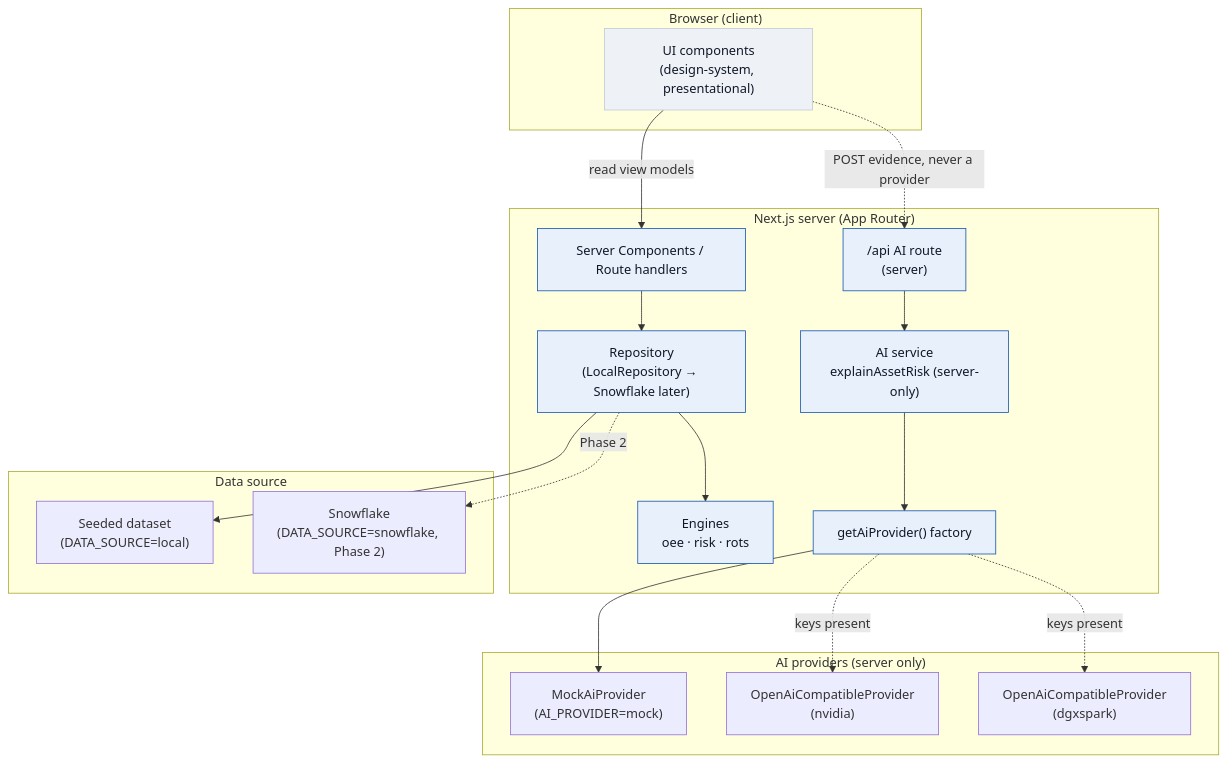
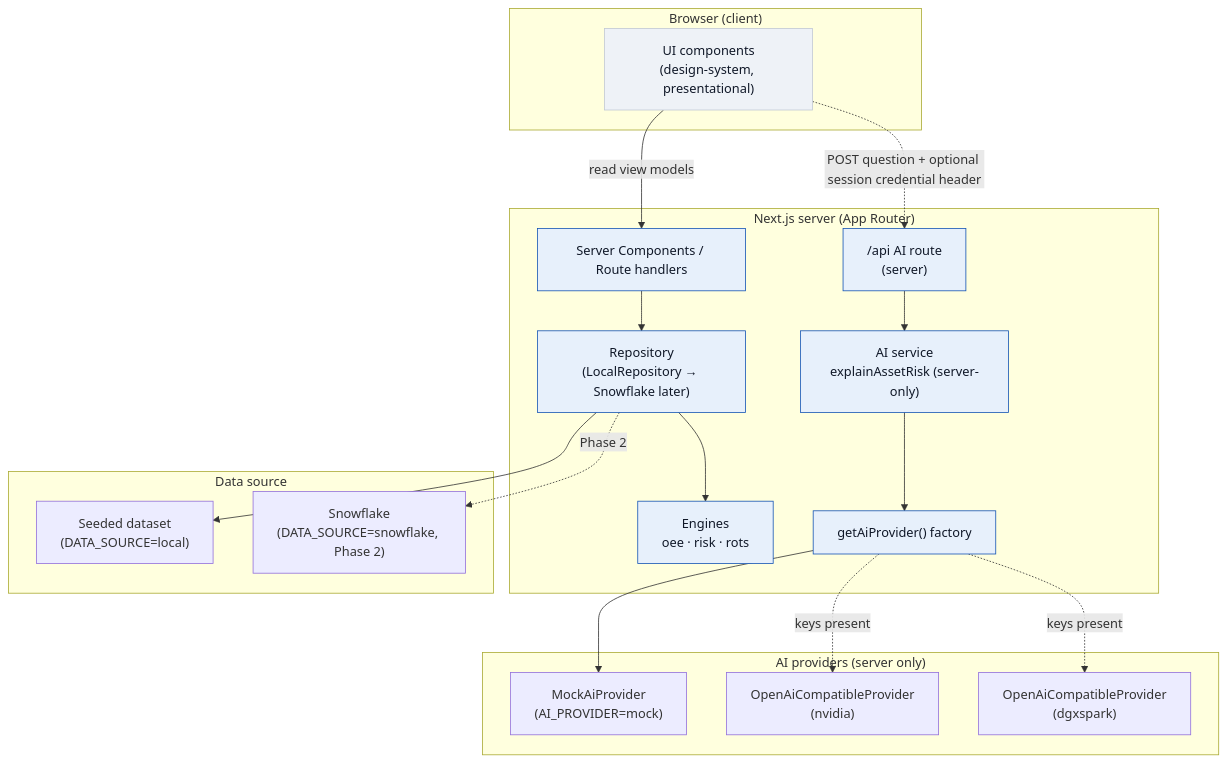
One commit to amit1858/asset-supervision-os changed the diagram in docs/ARCHITECTURE.md. Above: the diagram before and after it, drawn with Mermaid. The commit also changed other lines of this file and 27 other files, not shown here.

````diff
--- a/docs/ARCHITECTURE.md
+++ b/docs/ARCHITECTURE.md
@@ -97,43 +97,43 @@
 ```mermaid
 flowchart TD
     subgraph Client["Browser (client)"]
         UI["UI components<br/>(design-system, presentational)"]
     end
 
     subgraph Server["Next.js server (App Router)"]
         SC["Server Components / Route handlers"]
         REPO["Repository<br/>(LocalRepository → Snowflake later)"]
         ENG["Engines<br/>oee · risk · rots"]
         API["/api AI route<br/>(server)"]
         SVC["AI service<br/>explainAssetRisk (server-only)"]
         FAC["getAiProvider() factory"]
     end
 
     subgraph DataSource["Data source"]
         SEED["Seeded dataset<br/>(DATA_SOURCE=local)"]
         SNOW["Snowflake<br/>(DATA_SOURCE=snowflake, Phase 2)"]
     end
 
     subgraph Providers["AI providers (server only)"]
         MOCK["MockAiProvider<br/>(AI_PROVIDER=mock)"]
         NV["OpenAiCompatibleProvider<br/>(nvidia)"]
         DGX["OpenAiCompatibleProvider<br/>(dgxspark)"]
     end
 
     UI -->|read view models| SC
-    UI -.->|POST evidence, never a provider| API
+    UI -.->|POST question + optional session credential header| API
     SC --> REPO
     REPO --> ENG
     REPO --> SEED
     REPO -. Phase 2 .-> SNOW
     API --> SVC
     SVC --> FAC
     FAC --> MOCK
     FAC -. keys present .-> NV
     FAC -. keys present .-> DGX
 
     classDef server fill:#e7f0fb,stroke:#1554b4,color:#101828;
     classDef client fill:#eef2f7,stroke:#c1c9d4,color:#101828;
     class SC,REPO,ENG,API,SVC,FAC server;
     class UI client;
 ```
````
